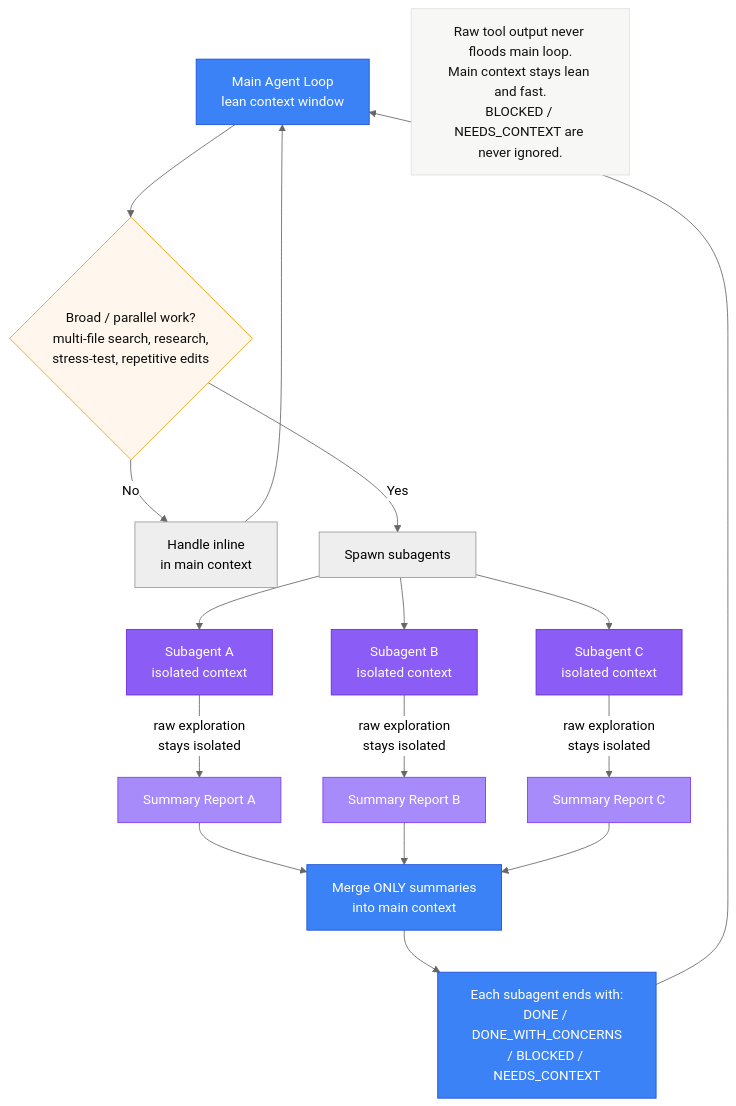
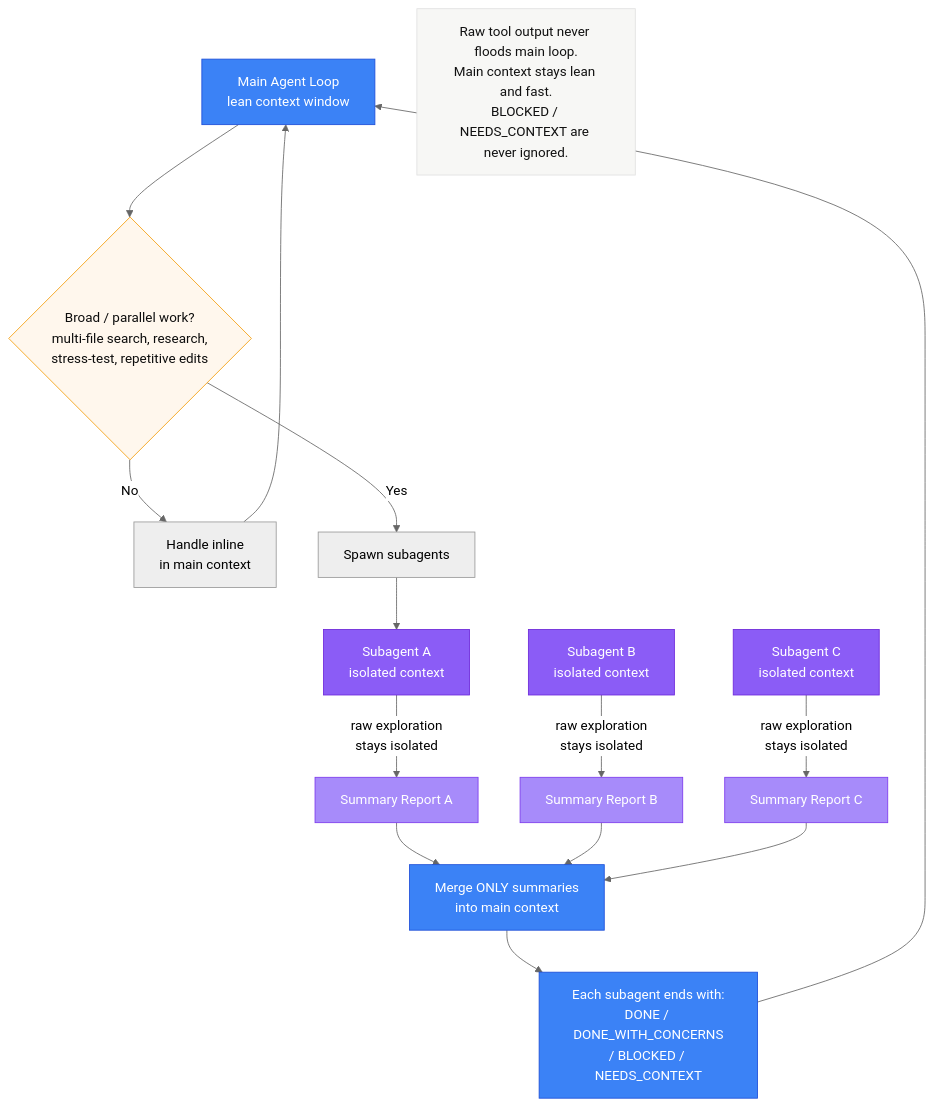
Before and after one commit to thaihai-swe/CoreZero-Nexus: the fourth of 4 diagrams in documents/context-engineering.md, drawn with Mermaid (neutral theme). The commit also changed other lines of this file and 95 other files, not shown here.

````diff
--- a/documents/context-engineering.md
+++ b/documents/context-engineering.md
@@ -170,40 +252,40 @@
 ```mermaid
 flowchart TD
     %% Subagent-Driven Development (SDD) — broad work delegated, only summaries return
 
     MAIN[Main Agent Loop<br/>lean context window]
 
     MAIN --> DECIDE{Broad / parallel work?<br/>multi-file search, research,<br/>stress-test, repetitive edits}
     DECIDE -- No --> INLINE[Handle inline<br/>in main context]
     DECIDE -- Yes --> SPAWN[Spawn subagents]
 
     SPAWN --> SA1[Subagent A<br/>isolated context]
-    SPAWN --> SA2[Subagent B<br/>isolated context]
-    SPAWN --> SA3[Subagent C<br/>isolated context]
+    SPAWNOW[Subagent B<br/>isolated context]
+    SA3[Subagent C<br/>isolated context]
 
     SA1 -->|raw exploration<br/>stays isolated| R1[Summary Report A]
-    SA2 -->|raw exploration<br/>stays isolated| R2[Summary Report B]
+    SPAWNOW -->|raw exploration<br/>stays isolated| R2[Summary Report B]
     SA3 -->|raw exploration<br/>stays isolated| R3[Summary Report C]
 
     R1 --> MERGE[Merge ONLY summaries<br/>into main context]
     R2 --> MERGE
     R3 --> MERGE
 
     MERGE --> STATUS[Each subagent ends with:<br/>DONE / DONE_WITH_CONCERNS<br/>/ BLOCKED / NEEDS_CONTEXT]
     STATUS --> MAIN
 
     INLINE --> MAIN
 
     NOTE["Raw tool output never floods main loop.<br/>Main context stays lean and fast.<br/>BLOCKED / NEEDS_CONTEXT are never ignored."]:::note
 
     classDef main fill:#3b82f6,stroke:#1d4ed8,color:#fff
     classDef sub fill:#8b5cf6,stroke:#6d28d9,color:#fff
     classDef report fill:#a78bfa,stroke:#7c3aed,color:#fff
     classDef decision fill:#fff7ed,stroke:#f59e0b,color:#0d0d0d
     classDef note fill:#f7f7f5,stroke:#e0e0e0,color:#111
 
     class MAIN,MERGE,STATUS main
-    class SA1,SA2,SA3 sub
+    class SA1,SPAWNOW,SA3 sub
     class R1,R2,R3 report
     class DECIDE decision
 ```
````
